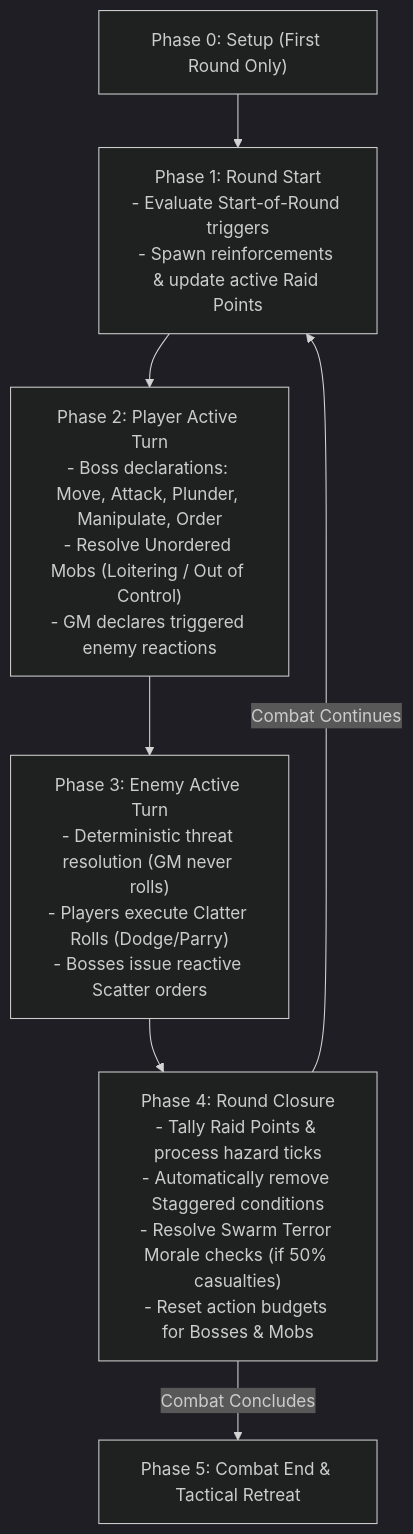
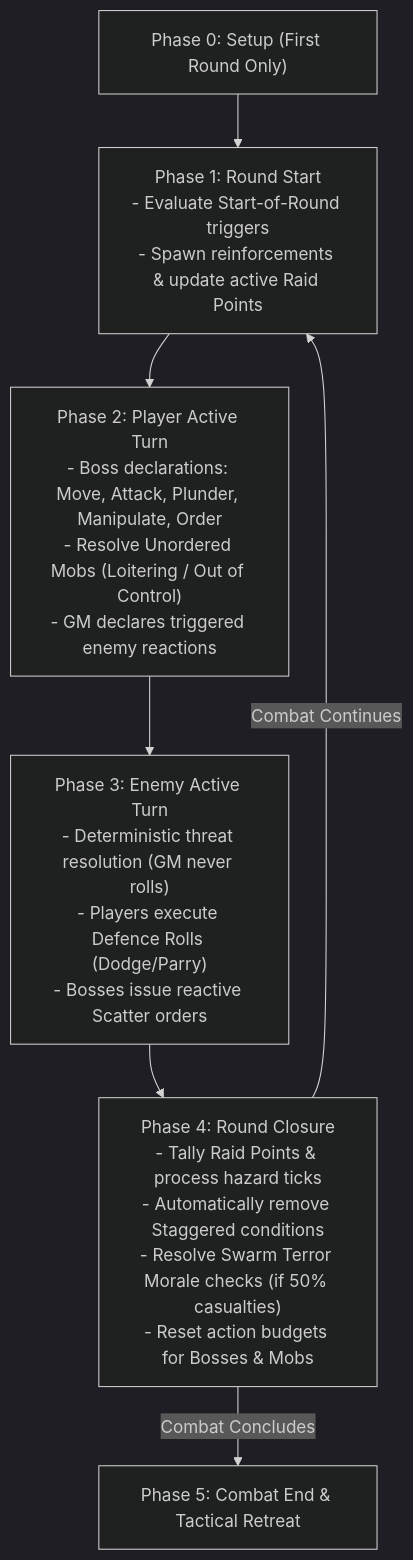
The diagram in 02_PROD_Core_Rules/03_Action_Economy_and_Turn_Flow.md (antedev/gobbos), drawn with Mermaid (dark theme) before and after one commit. The commit also changed other lines of this file and 46 other files, not shown here.

````diff
--- a/02_PROD_Core_Rules/03_Action_Economy_and_Turn_Flow.md
+++ b/02_PROD_Core_Rules/03_Action_Economy_and_Turn_Flow.md
@@ -119,9 +119,9 @@
 ```mermaid
 flowchart TD
     P0["Phase 0: Setup (First Round Only)"] --> P1["Phase 1: Round Start<br>- Evaluate Start-of-Round triggers<br>- Spawn reinforcements & update active Raid Points"]
     P1 --> P2["Phase 2: Player Active Turn<br>- Boss declarations: Move, Attack, Plunder, Manipulate, Order<br>- Resolve Unordered Mobs (Loitering / Out of Control)<br>- GM declares triggered enemy reactions"]
-    P2 --> P3["Phase 3: Enemy Active Turn<br>- Deterministic threat resolution (GM never rolls)<br>- Players execute Clatter Rolls (Dodge/Parry)<br>- Bosses issue reactive Scatter orders"]
+    P2 --> P3["Phase 3: Enemy Active Turn<br>- Deterministic threat resolution (GM never rolls)<br>- Players execute Defence Rolls (Dodge/Parry)<br>- Bosses issue reactive Scatter orders"]
     P3 --> P4["Phase 4: Round Closure<br>- Tally Raid Points & process hazard ticks<br>- Automatically remove Staggered conditions<br>- Resolve Swarm Terror Morale checks (if 50% casualties)<br>- Reset action budgets for Bosses & Mobs"]
     P4 -->|Combat Continues| P1
     P4 -->|Combat Concludes| P5["Phase 5: Combat End & Tactical Retreat"]
 ```
````
